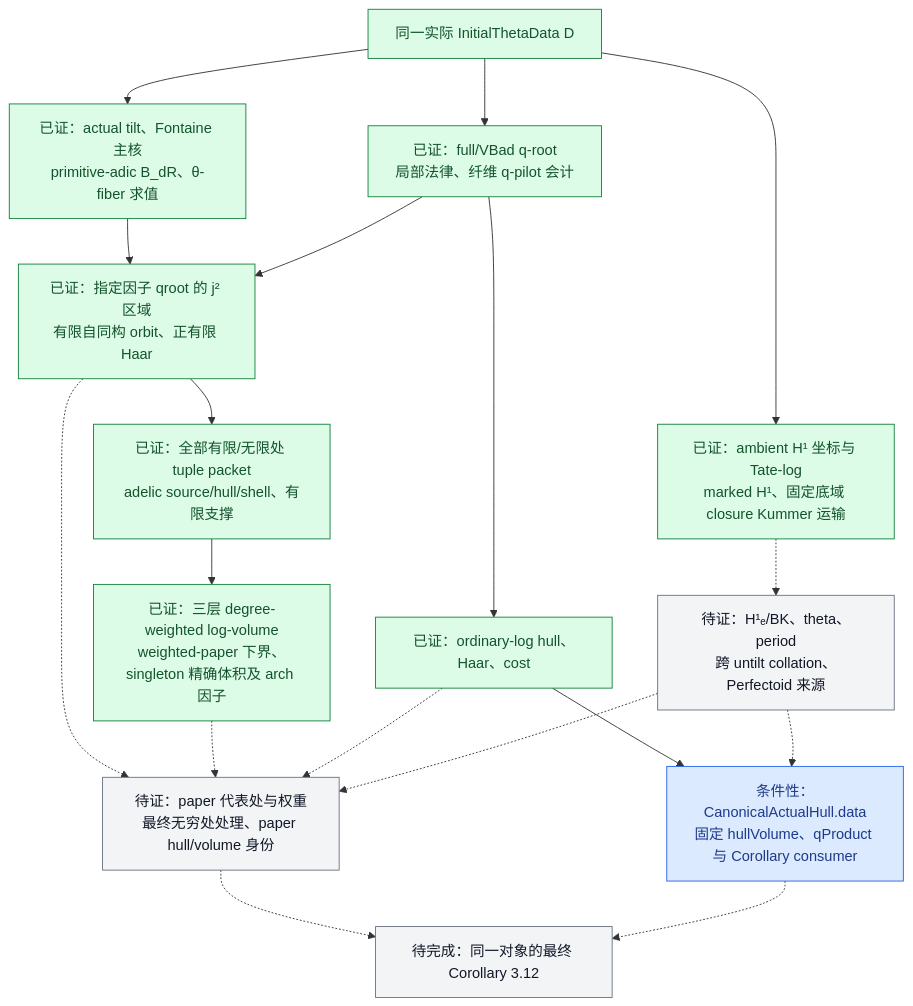
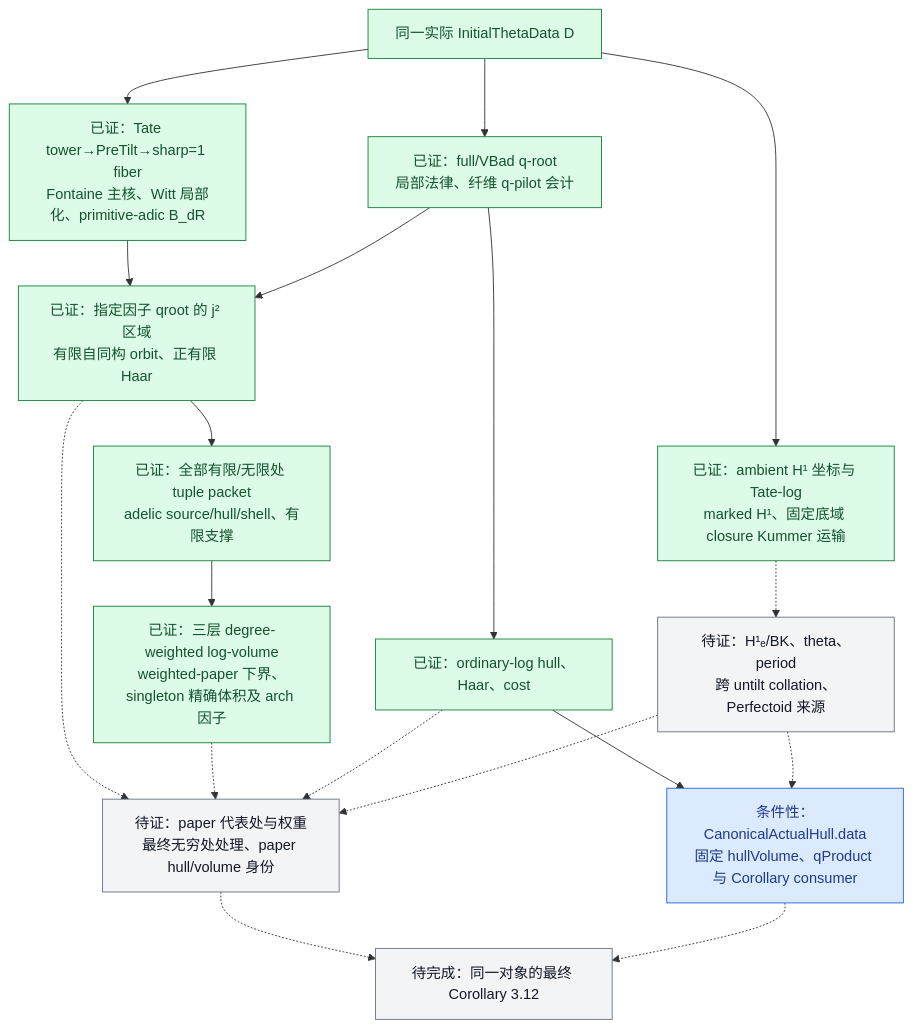
The diagram in docs/Scene1进度总览2.md (Ember-Institute/KirtiJoshi-abc), drawn with Mermaid before and after one commit. The commit also changed other lines of this file, not shown here.

Commit message:
docs(scene1): refresh progress after bounded Witt expansion

````diff
--- a/docs/Scene1进度总览2.md
+++ b/docs/Scene1进度总览2.md
@@ -61,38 +61,38 @@
 ```mermaid
 flowchart TD
     D["同一实际 InitialThetaData D"]
     K["已证：ambient H¹ 坐标与 Tate-log<br/>marked H¹、固定底域 closure Kummer 运输"]
-    E["已证：actual tilt、Fontaine 主核<br/>primitive-adic B_dR、θ-fiber 求值"]
+    E["已证：Tate tower→PreTilt→sharp=1 fiber<br/>Fontaine 主核、Witt 局部化、primitive-adic B_dR"]
     Q["已证：full/VBad q-root<br/>局部法律、纤维 q-pilot 会计"]
     H["已证：ordinary-log hull、Haar、cost"]
     A["条件性：CanonicalActualHull.data<br/>固定 hullVolume、qProduct 与 Corollary consumer"]
     F["已证：指定因子 qroot 的 j² 区域<br/>有限自同构 orbit、正有限 Haar"]
     P["已证：全部有限/无限处 tuple packet<br/>adelic source/hull/shell、有限支撑"]
     L["已证：三层 degree-weighted log-volume<br/>weighted-paper 下界、singleton 精确体积及 arch 因子"]
     B["待证：H¹ₑ/BK、theta、period<br/>跨 untilt collation、Perfectoid 来源"]
     R["待证：paper 代表处与权重<br/>最终无穷处处理、paper hull/volume 身份"]
     C["待完成：同一对象的最终 Corollary 3.12"]
     D --> K
     D --> E
     E --> F
     D --> Q
     Q --> H
     H --> A
     Q --> F
     F --> P
     P --> L
     K -.-> B
     B -.-> A
     F -.-> R
     L -.-> R
     H -.-> R
     B -.-> R
     R -.-> C
     A -.-> C
     classDef done fill:#dcfce7,stroke:#15803d,color:#14532d;
     classDef conditional fill:#dbeafe,stroke:#2563eb,color:#1e3a8a;
     classDef open fill:#f3f4f6,stroke:#6b7280,color:#111827;
     class D,K,E,Q,H,F,P,L done;
     class A conditional;
     class B,R,C open;
 ```
````
